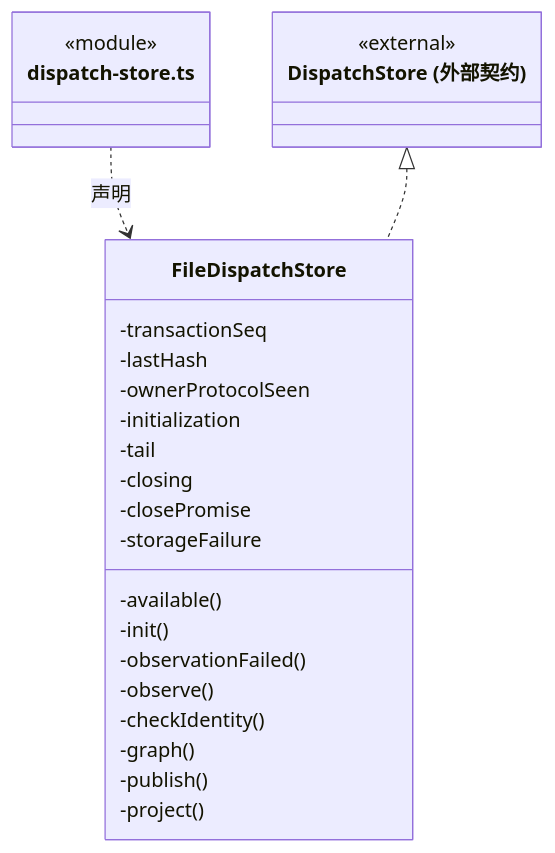
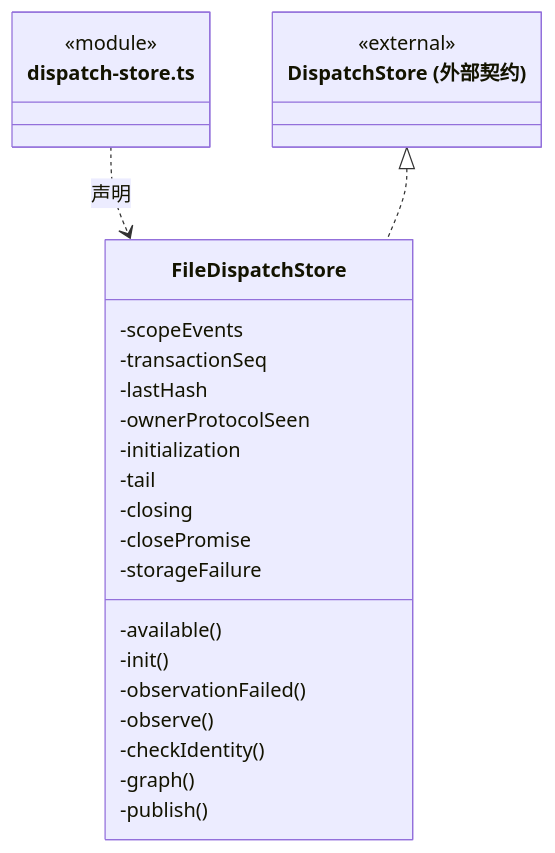
One commit to nan023062/cbim changed the eighth of 13 diagrams in src/backend/main/persistence/tasks/ARCHITECTURE.md. Above: the diagram before and after it, drawn with Mermaid. The commit also changed other lines of this file and 68 other files, not shown here.

````diff
--- a/src/backend/main/persistence/tasks/ARCHITECTURE.md
+++ b/src/backend/main/persistence/tasks/ARCHITECTURE.md
@@ -210,29 +210,29 @@
 ```mermaid
 classDiagram
 class N_src_backend_main_persistence_tasks_dispatch_store_ts["dispatch-store.ts"] {
   <<module>>
 }
 class N_src_backend_main_persistence_tasks_dispatch_store_ts_FileDispatchStore["FileDispatchStore"] {
+  -scopeEvents
   -transactionSeq
   -lastHash
   -ownerProtocolSeen
   -initialization
   -tail
   -closing
   -closePromise
   -storageFailure
   -available()
   -init()
   -observationFailed()
   -observe()
   -checkIdentity()
   -graph()
   -publish()
-  -project()
 }
 N_src_backend_main_persistence_tasks_dispatch_store_ts ..> N_src_backend_main_persistence_tasks_dispatch_store_ts_FileDispatchStore : 声明
 class N_src_backend_main_persistence_tasks_dispatch_store_ts_external_DispatchStore["DispatchStore (外部契约)"] {
   <<external>>
 }
 N_src_backend_main_persistence_tasks_dispatch_store_ts_external_DispatchStore <|.. N_src_backend_main_persistence_tasks_dispatch_store_ts_FileDispatchStore
 ```
````
